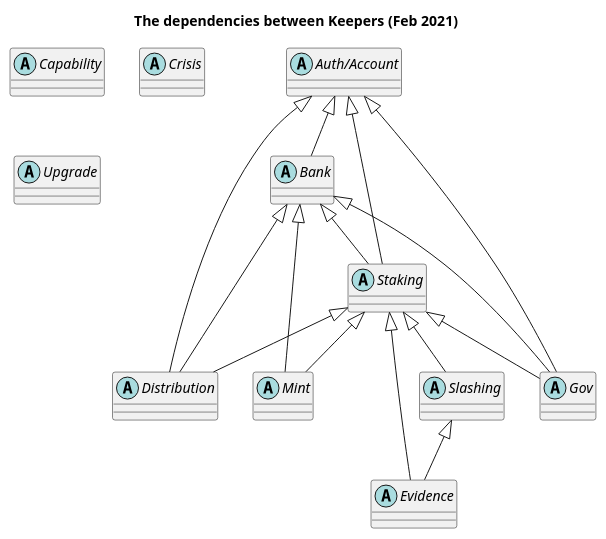
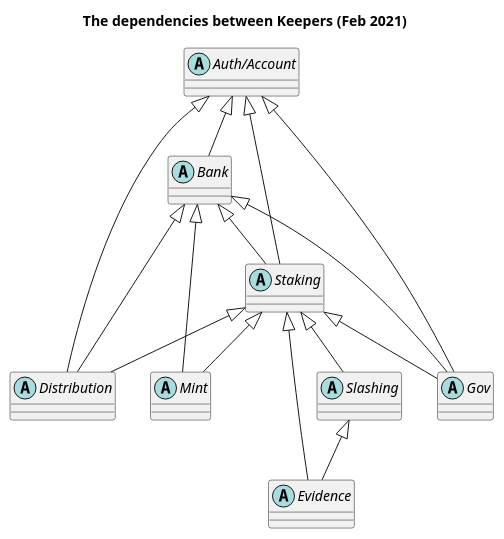
Before and after one commit to cosmos/cosmos-sdk: the diagram in docs/keeper_dependencies.puml, drawn with PlantUML.

Commit message:
Remove unused keepers from dependency diagram

```diff
--- a/docs/keeper_dependencies.puml
+++ b/docs/keeper_dependencies.puml
@@ -1,39 +1,36 @@
 @startuml
 'https://plantuml.com/class-diagram
 
 title: The dependencies between Keepers (Feb 2021)
 
 abstract class Staking
 abstract class Distribution
 abstract class Slashing
 abstract class Evidence
 abstract class Bank
 abstract class "Auth/Account" as Auth
-abstract class Capability
-abstract class Crisis
 abstract class Gov
 abstract class Mint
-abstract class Upgrade
 
 Staking <|-- Mint
 Bank <|-- Mint
 
 Staking <|-- Gov
 Bank <|-- Gov
 Auth <|-- Gov
 
 Auth <|-- Bank
 
 Bank <|-- Distribution
 Auth <|-- Distribution
 Staking <|-- Distribution
 
 Staking <|-- Evidence
 Slashing <|-- Evidence
 
 Staking <|-- Slashing
 
 Auth <|-- Staking
 Bank <|-- Staking
 
 @enduml
```
